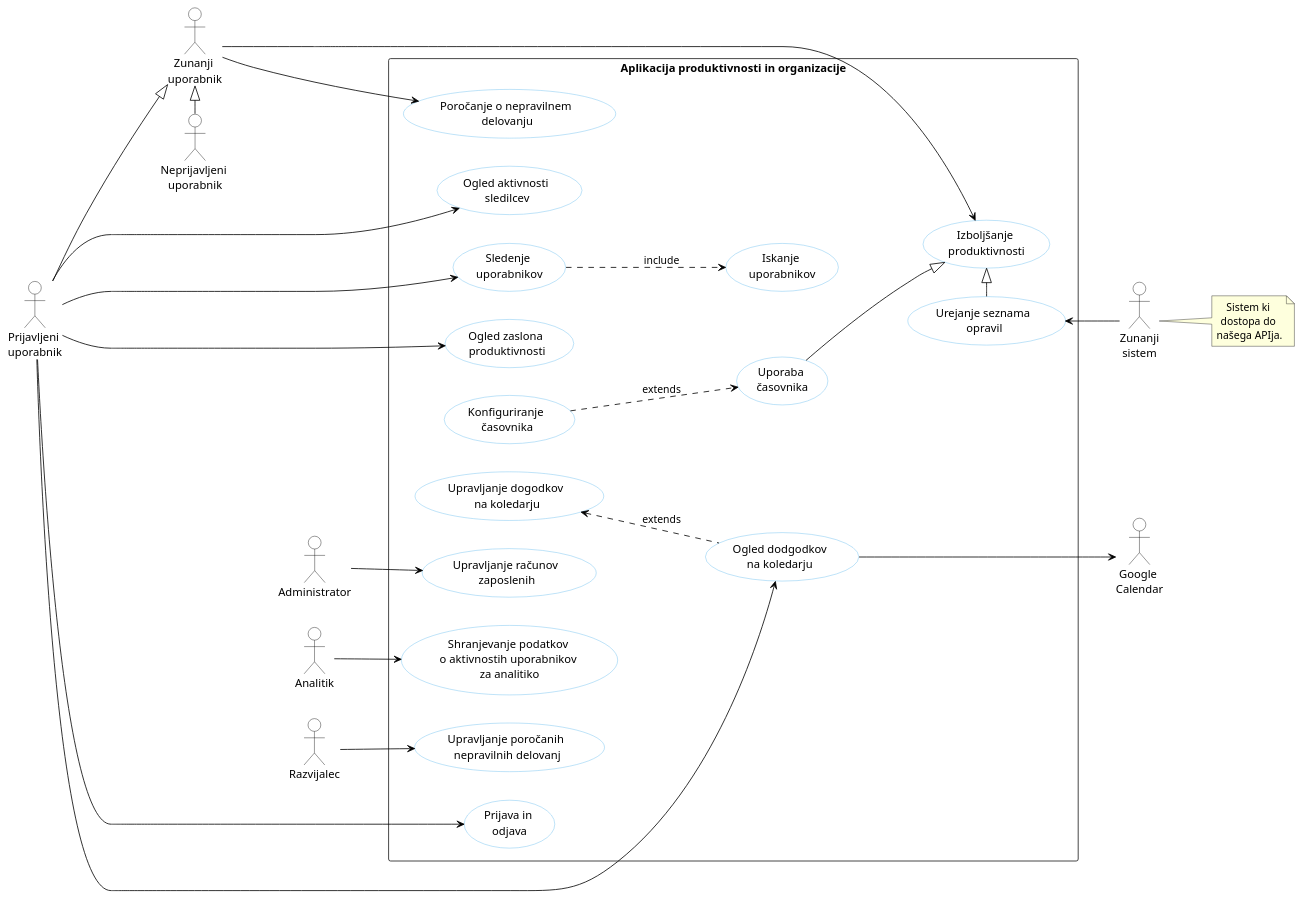
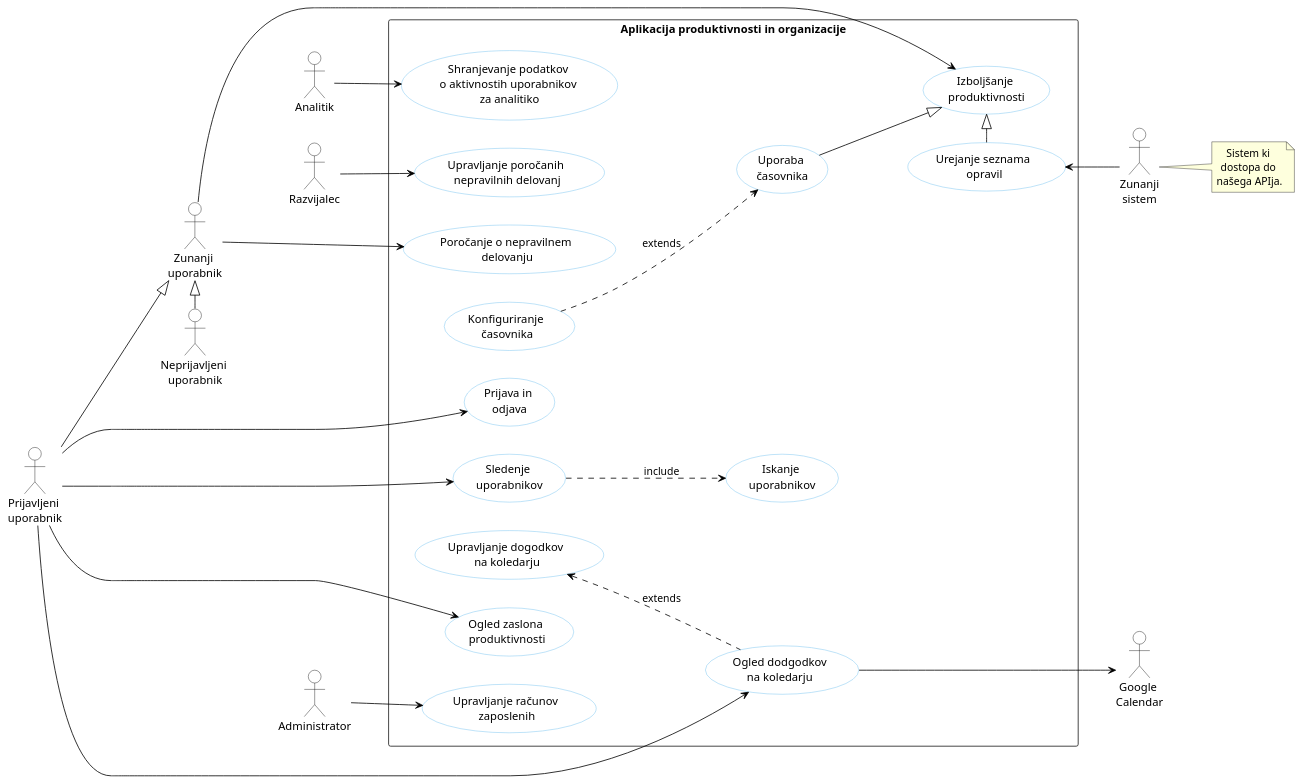
The diagram in docs/gradivo/plantuml/DPU.puml (juremrzek/ProductivityApp), drawn with PlantUML before and after one commit.

```diff
--- a/docs/gradivo/plantuml/DPU.puml
+++ b/docs/gradivo/plantuml/DPU.puml
@@ -1,67 +1,65 @@
 @startuml
 skinparam backgroundcolor transparent
 skinparam defaultTextAlignment center
 skinparam usecase {
   backgroundColor white
   borderColor #5FB8EC
   arrowColor black
 }
 skinparam actorBorderColor black
 skinparam actorBackgroundColor white
 
 left to right direction
 
 actor "Zunanji \nuporabnik" AS ZU
 actor "Prijavljeni \nuporabnik" AS PRUp
 actor "Neprijavljeni \nuporabnik" AS NPU
 actor "Administrator" AS ADMIN
 actor "Analitik" AS ANAL
 actor "Razvijalec" AS DEV
 actor "Zunanji\nsistem" AS S1
 note right of S1 : Sistem ki \ndostopa do \nnašega APIja.
 actor "Google \nCalendar" AS GOOG
 
 rectangle "Aplikacija produktivnosti in organizacije" {
   usecase "Uporaba \nčasovnika" AS PU1
   usecase "Konfiguriranje \nčasovnika" AS PU2
   usecase "Prijava in \nodjava" AS PU3
-  usecase "Ogled aktivnosti \nsledilcev" AS PU4
   usecase "Upravljanje računov \nzaposlenih" AS PU5
   usecase "Urejanje seznama \nopravil" AS PU6
   usecase "Sledenje \nuporabnikov" AS PU7
   usecase "Iskanje \nuporabnikov" AS PU8
   usecase "Ogled zaslona \nproduktivnosti" AS PU9
   usecase "Poročanje o nepravilnem \ndelovanju" AS PU10
   usecase "Ogled dodgodkov\nna koledarju" AS PU11
   usecase "Upravljanje dogodkov \nna koledarju" AS PU12
   usecase "Upravljanje poročanih \nnepravilnih delovanj" AS PU13
   usecase "Shranjevanje podatkov \no aktivnostih uporabnikov \nza analitiko" AS PU14
   usecase "Izboljšanje \nproduktivnosti" AS PU15
 }
 
 PRUp ---|> ZU
 NPU -left-|> ZU
 
 DEV --> (PU13)
 ANAL --> (PU14)
 ADMIN --> (PU5)
 
-PRUp -> (PU4)
 PRUp --> (PU11)
 PRUp -> (PU7)
 PRUp -> (PU9)
 PRUp -> (PU3)
 
 ZU -right-> (PU15)
 ZU ---> (PU10)
 
 S1 -up-> (PU6)
 (PU11) ---> GOOG
 
 (PU7) ..> (PU8) : include
 (PU11) .up.> (PU12) : extends
 (PU2) ..> (PU1) : extends
 
 (PU1) -down-|> (PU15)
 (PU6) -|> (PU15)
 @enduml
```
